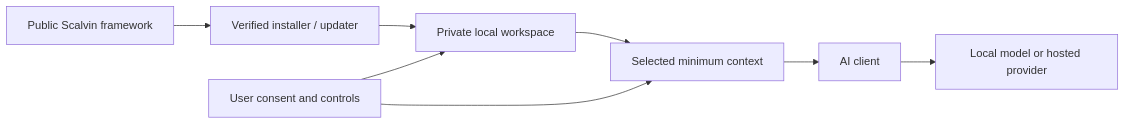
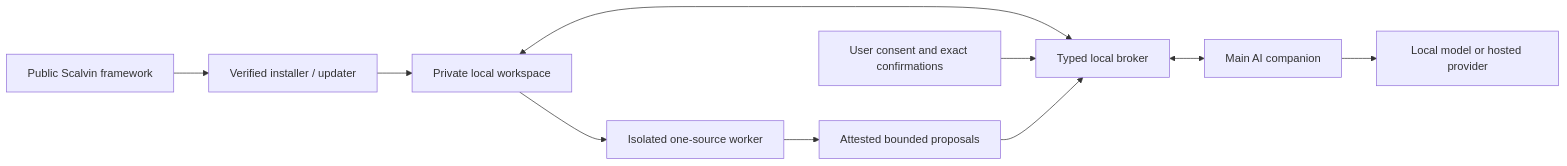
The diagram in README.md (cerncaycisi/scalvin), drawn with Mermaid before and after one commit. The commit also changed other lines of this file and 130 other files, not shown here.

````diff
--- a/README.md
+++ b/README.md
@@ -41,10 +44,12 @@
 ```mermaid
 flowchart LR
     A["Public Scalvin framework"] --> B["Verified installer / updater"]
     B --> C["Private local workspace"]
-    C --> D["Selected minimum context"]
-    U["User consent and controls"] --> C
-    U --> D
-    D --> E["AI client"]
+    C <--> D["Typed local broker"]
+    U["User consent and exact confirmations"] --> D
+    D <--> E["Main AI companion"]
+    C --> W["Isolated one-source worker"]
+    W --> P["Attested bounded proposals"]
+    P --> D
     E --> F["Local model or hosted provider"]
 ```
````
